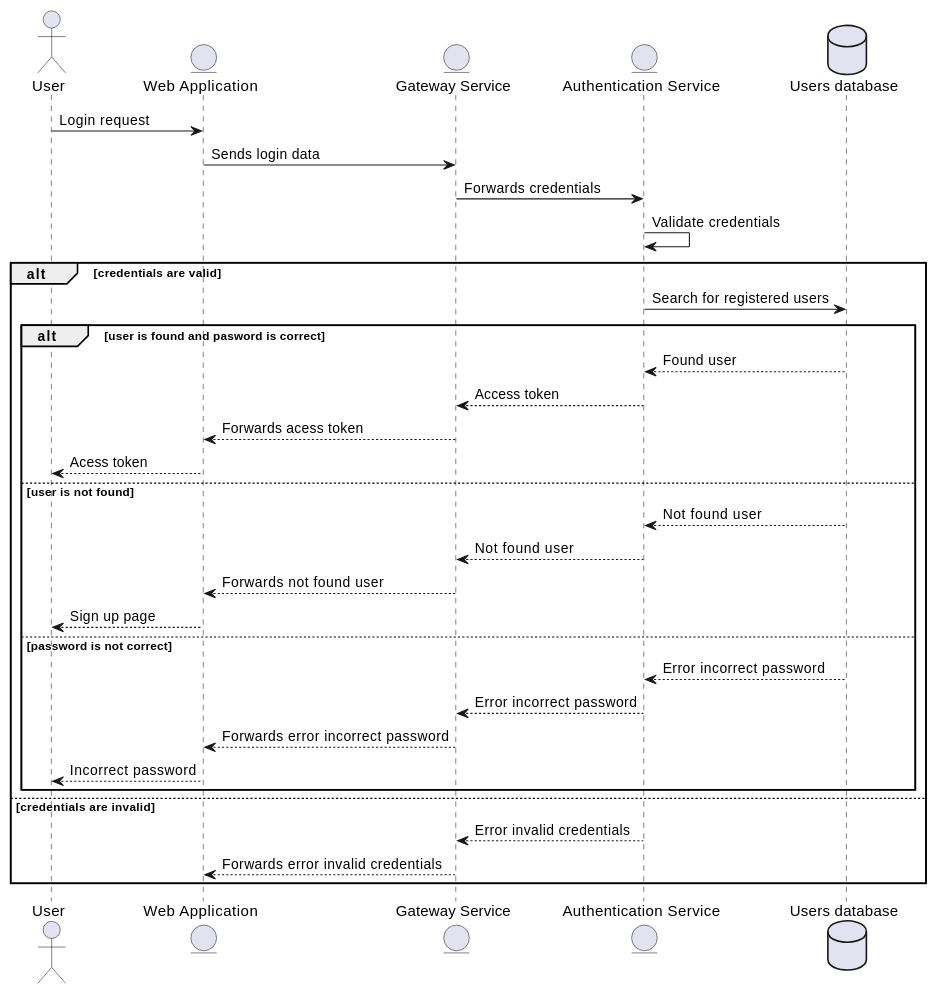
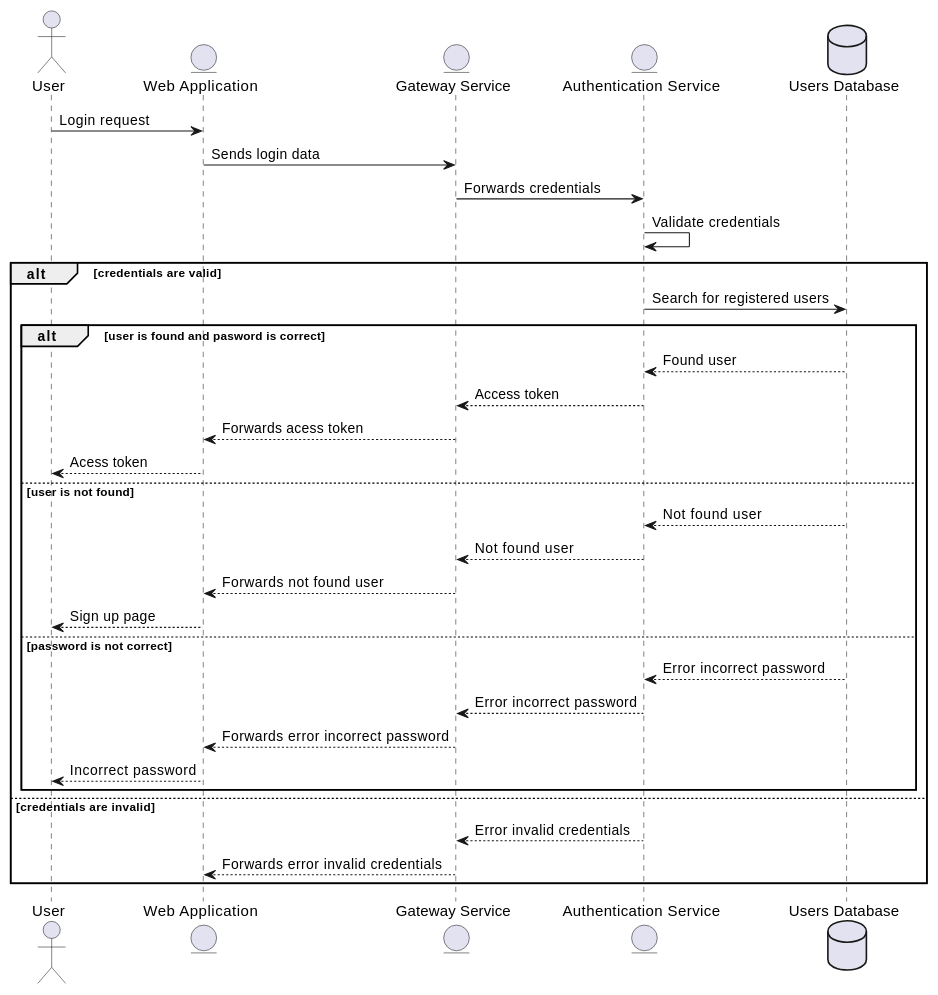
The second of 5 diagrams in docs/src/06_runtime_view.adoc (Arquisoft/wichat_en1b), drawn with PlantUML before and after one commit. The commit also changed other lines of this file, not shown here.

Commit message:
Fixed Quiz Question Retrieval runtime view sequence

```diff
--- a/docs/src/06_runtime_view.adoc
+++ b/docs/src/06_runtime_view.adoc
@@ -89,35 +89,35 @@
 [plantuml,"Authentication Log In Sequence",png]
 ----
 actor User
 entity "Web Application" as App
 entity "Gateway Service" as Gat
 entity "Authentication Service" as Auth
-database "Users database" as Ust
+database "Users Database" as Ust
 
 User -> App: Login request
 App -> Gat: Sends login data
 Gat -> Auth: Forwards credentials
 Auth -> Auth: Validate credentials
 alt credentials are valid
     Auth -> Ust: Search for registered users
     alt user is found and pasword is correct
         Ust --> Auth: Found user
         Auth --> Gat: Access token
         Gat --> App: Forwards acess token
         App --> User: Acess token
     else user is not found 
         Ust --> Auth: Not found user
         Auth --> Gat: Not found user
         Gat --> App: Forwards not found user
         App --> User: Sign up page
     else password is not correct
         Ust --> Auth: Error incorrect password
         Auth --> Gat: Error incorrect password
         Gat --> App: Forwards error incorrect password
         App --> User: Incorrect password
     end
 else credentials are invalid
     Auth --> Gat: Error invalid credentials
     Gat --> App: Forwards error invalid credentials
 end
 ----
```
